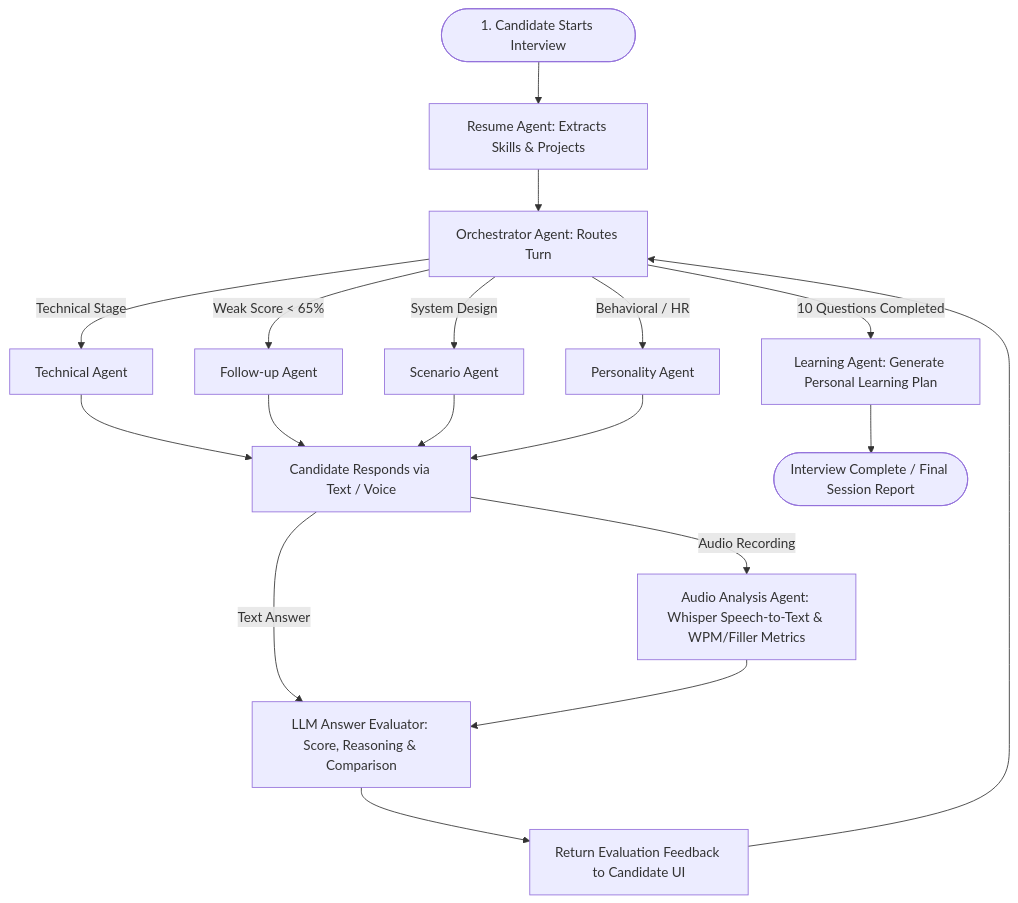
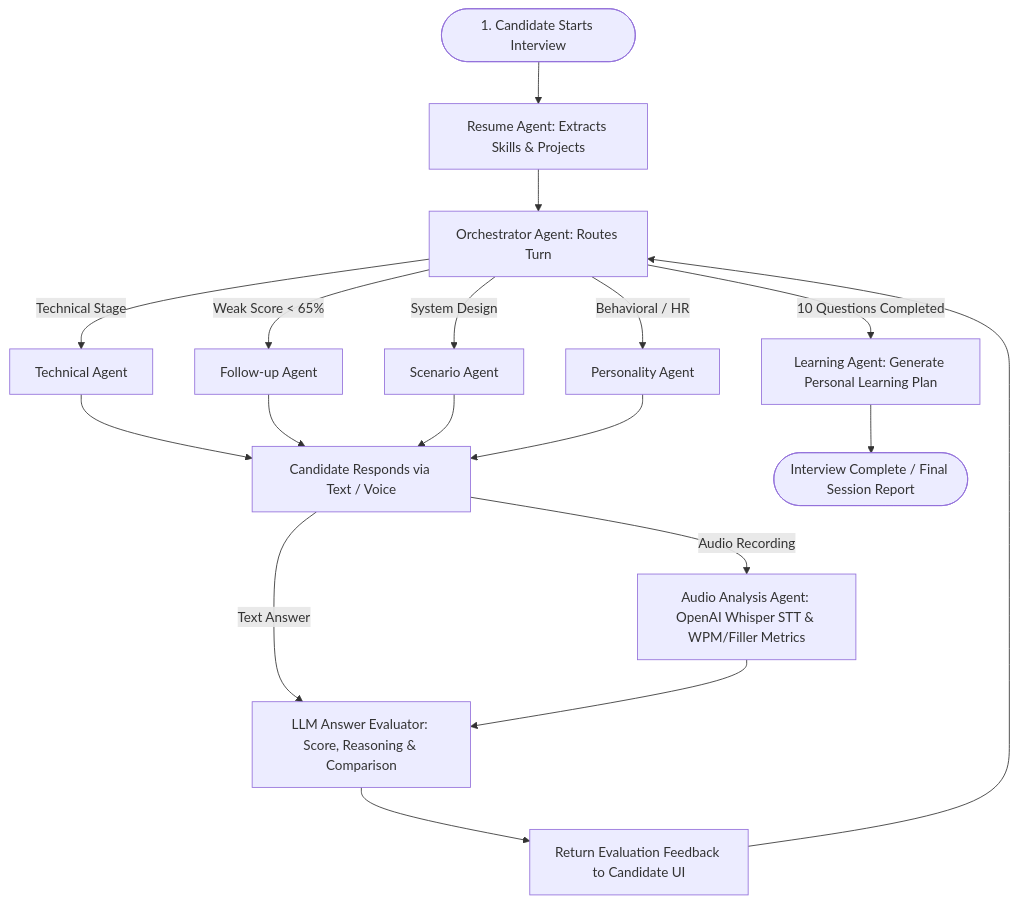
Before and after one commit to ShubhamPandey020525/Interview_Coach: the diagram in README.md, drawn with Mermaid. The commit also changed other lines of this file, not shown here.

Commit message:
docs: explicitly mention OpenAI Whisper STT via faster-whisper local engine in README

````diff
--- a/README.md
+++ b/README.md
@@ -32,22 +32,22 @@
 ```mermaid
 flowchart TD
     Start([1. Candidate Starts Interview]) --> Resume[Resume Agent: Extracts Skills & Projects]
     Resume --> Orch[Orchestrator Agent: Routes Turn]
     
     Orch -->|Technical Stage| Tech[Technical Agent]
     Orch -->|Weak Score < 65%| Followup[Follow-up Agent]
     Orch -->|System Design| Scenario[Scenario Agent]
     Orch -->|Behavioral / HR| Personality[Personality Agent]
     
     Tech & Followup & Scenario & Personality --> CandidateAnswer[Candidate Responds via Text / Voice]
     
-    CandidateAnswer -->|Audio Recording| AudioAgent[Audio Analysis Agent: Whisper Speech-to-Text & WPM/Filler Metrics]
+    CandidateAnswer -->|Audio Recording| AudioAgent[Audio Analysis Agent: OpenAI Whisper STT & WPM/Filler Metrics]
     CandidateAnswer -->|Text Answer| LLMEval[LLM Answer Evaluator: Score, Reasoning & Comparison]
     
     AudioAgent --> LLMEval
     LLMEval --> PushResult[Return Evaluation Feedback to Candidate UI]
     PushResult --> Orch
     
     Orch -->|10 Questions Completed| Learning[Learning Agent: Generate Personal Learning Plan]
     Learning --> Complete([Interview Complete / Final Session Report])
 ```
````
